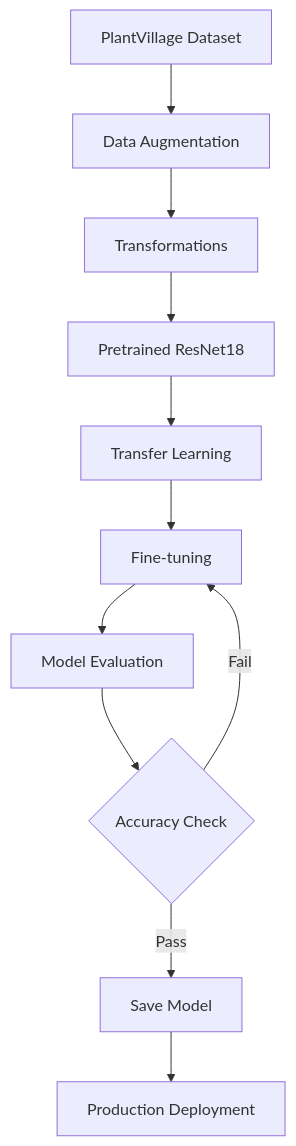
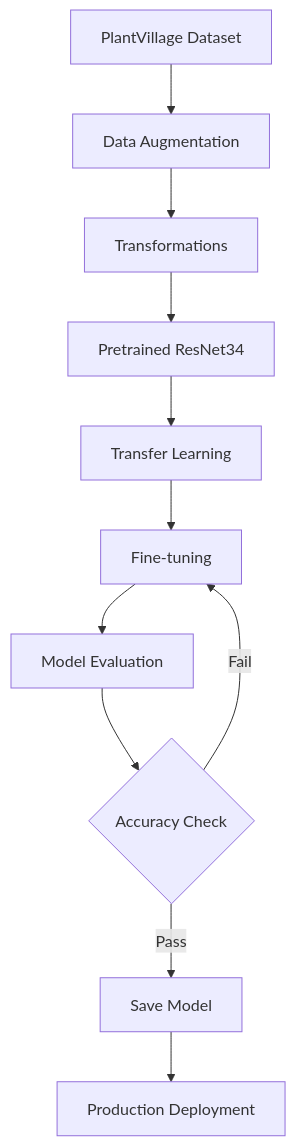
One commit to chandu1234678/AgroSight changed the fourth of 4 diagrams in README.md. Above: the diagram before and after it, drawn with Mermaid. The commit also changed 13 other files, not shown here.

Commit message:
Add ResNet34 model, dataset integration, and training pipeline - ML training ready for GPU

````diff
--- a/README.md
+++ b/README.md
@@ -283,13 +283,13 @@
 ```mermaid
 graph TD
     A[PlantVillage Dataset] --> B[Data Augmentation]
     B --> C[Transformations]
-    C --> D[Pretrained ResNet18]
+    C --> D[Pretrained ResNet34]
     D --> E[Transfer Learning]
     E --> F[Fine-tuning]
     F --> G[Model Evaluation]
     G --> H{Accuracy Check}
     H -->|Pass| I[Save Model]
     H -->|Fail| F
     I --> J[Production Deployment]
 ```
````
